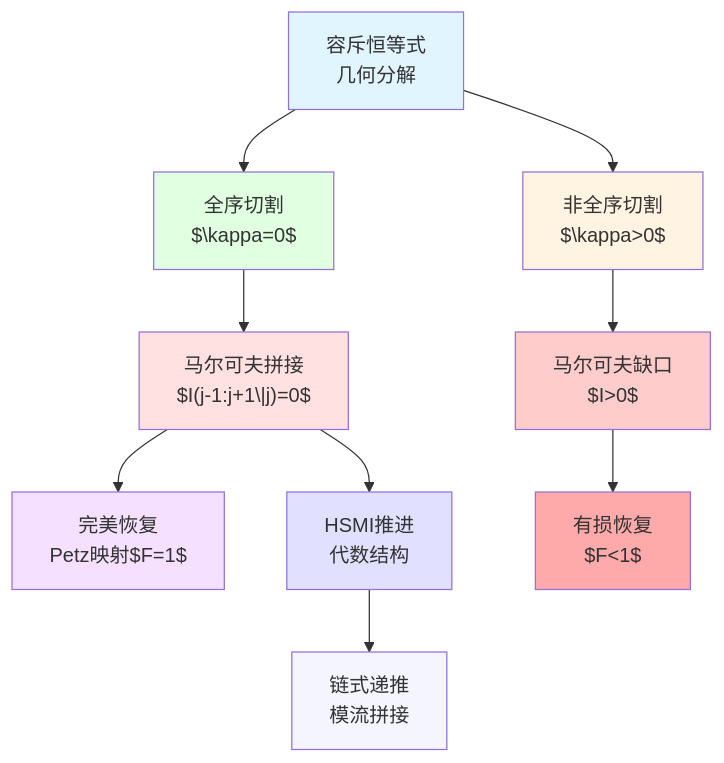
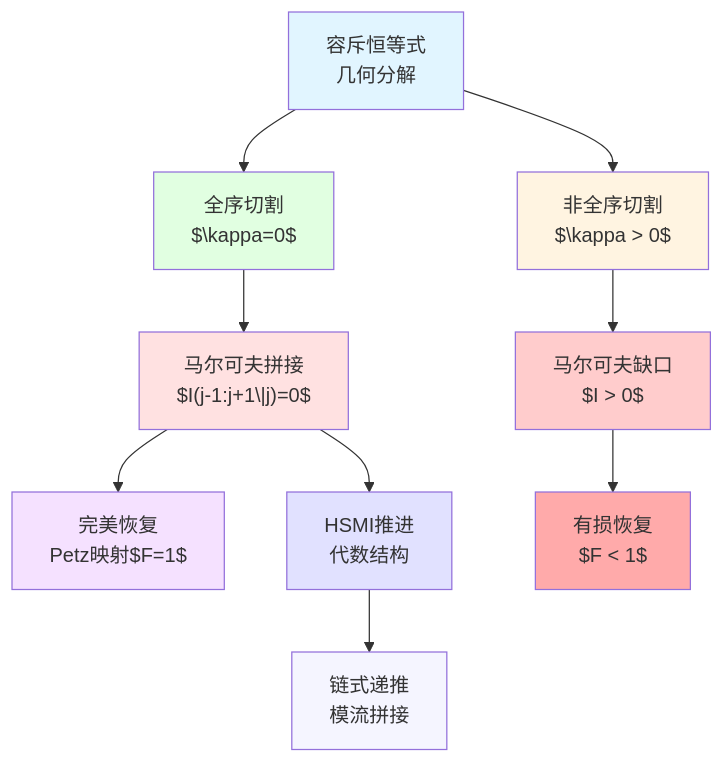
Before and after one commit to loning/zeckendorf-hilbert: the sixth of 6 diagrams in docs/euler-article/gls-union/21-causal-diamond-chain/03-markov-stitching.md, drawn with Mermaid. The commit also changed other lines of this file and 7 other files, not shown here.

````diff
--- a/docs/euler-article/gls-union/21-causal-diamond-chain/03-markov-stitching.md
+++ b/docs/euler-article/gls-union/21-causal-diamond-chain/03-markov-stitching.md
@@ -617,23 +617,23 @@
 ```mermaid
 graph TD
     A["容斥恒等式<br/>几何分解"] --> B["全序切割<br/>$\kappa=0$"]
     B --> C["马尔可夫拼接<br/>$I(j-1:j+1\|j)=0$"]
     C --> D["完美恢复<br/>Petz映射$F=1$"]
 
-    A --> E["非全序切割<br/>$\kappa>0$"]
-    E --> F["马尔可夫缺口<br/>$I>0$"]
-    F --> G["有损恢复<br/>$F<1$"]
+    A --> E["非全序切割<br/>$\kappa > 0$"]
+    E --> F["马尔可夫缺口<br/>$I > 0$"]
+    F --> G["有损恢复<br/>$F < 1$"]
 
     C --> H["HSMI推进<br/>代数结构"]
     H --> I["链式递推<br/>模流拼接"]
 
     style A fill:#e1f5ff
     style B fill:#e1ffe1
     style C fill:#ffe1e1
     style D fill:#f5e1ff
     style E fill:#fff4e1
     style F fill:#ffcccc
     style G fill:#ffaaaa
     style H fill:#e1e1ff
     style I fill:#f5f5ff
 ```
````
